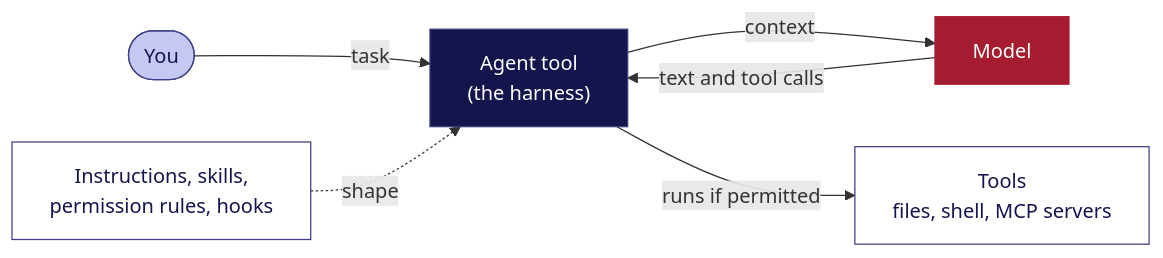
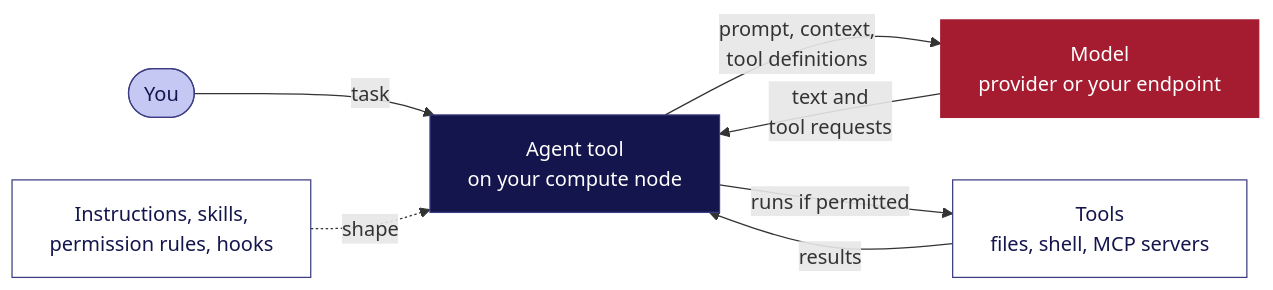
Before and after one commit to KempnerInstitute/kempner-computing-handbook: the diagram in kempner_computing_handbook/s5b_agentic_ai_workflows/key_concepts.md, drawn with Mermaid. The commit also changed other lines of this file and 9 other files, not shown here.

````diff
--- a/kempner_computing_handbook/s5b_agentic_ai_workflows/key_concepts.md
+++ b/kempner_computing_handbook/s5b_agentic_ai_workflows/key_concepts.md
@@ -5,16 +10,17 @@
 ```{mermaid}
 flowchart LR
-    U(["You"]) -->|task| H["Agent tool<br/>(the harness)"]
-    H -->|context| M["Model"]
-    M -->|text and tool calls| H
+    U(["You"]) -->|task| H["Agent tool<br/>on your compute node"]
+    H -->|"prompt, context,<br/>tool definitions"| M["Model<br/>provider or your endpoint"]
+    M -->|"text and<br/>tool requests"| H
     H -->|runs if permitted| T["Tools<br/>files, shell, MCP servers"]
+    T -->|results| H
     C["Instructions, skills,<br/>permission rules, hooks"] -.->|shape| H
     classDef you fill:#C6C8F4,color:#14154C,stroke:#3D3E82;
     classDef harness fill:#14154C,color:#ffffff,stroke:#3D3E82;
     classDef model fill:#A51C30,color:#ffffff,stroke:#A51C30;
     classDef other fill:#ffffff,color:#14154C,stroke:#3D3E82;
     class U you;
     class H harness;
     class M model;
     class T,C other;
 ```
````
